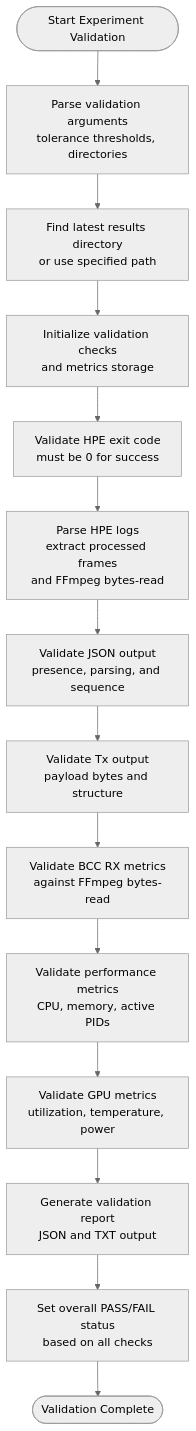
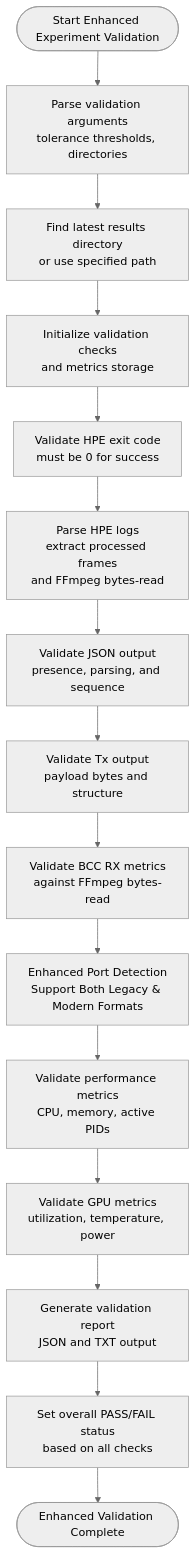
Diagram 15 of 15 in .qoder/repowiki/en/content/Monitoring and Analytics/Performance Monitoring.md (Fogus-Gr/MeasurementsDTs), drawn with Mermaid (neutral theme) before and after one commit. The commit also changed other lines of this file and 7 other files, not shown here.

Commit message:
docs(repowiki): restructure optimization assets, add performance documentation, and improve CPU tuning utilities.

````diff
--- a/.qoder/repowiki/en/content/Monitoring and Analytics/Performance Monitoring.md
+++ b/.qoder/repowiki/en/content/Monitoring and Analytics/Performance Monitoring.md
@@ -597,16 +646,17 @@
 ```mermaid
 flowchart TD
-Start(["Start Experiment Validation"]) --> ParseArgs["Parse validation arguments<br/>tolerance thresholds, directories"]
+Start(["Start Enhanced Experiment Validation"]) --> ParseArgs["Parse validation arguments<br/>tolerance thresholds, directories"]
 ParseArgs --> FindLatest["Find latest results directory<br/>or use specified path"]
 FindLatest --> InitChecks["Initialize validation checks<br/>and metrics storage"]
 InitChecks --> ValidateExit["Validate HPE exit code<br/>must be 0 for success"]
 ValidateExit --> ParseLogs["Parse HPE logs<br/>extract processed frames<br/>and FFmpeg bytes-read"]
 ParseLogs --> ValidateJSON["Validate JSON output<br/>presence, parsing, and sequence"]
 ValidateJSON --> ValidateTX["Validate Tx output<br/>payload bytes and structure"]
 ValidateTX --> ValidateBCC["Validate BCC RX metrics<br/>against FFmpeg bytes-read"]
-ValidateBCC --> ValidatePerf["Validate performance metrics<br/>CPU, memory, active PIDs"]
+ValidateBCC --> ValidatePort["Enhanced Port Detection<br/>Support Both Legacy & Modern Formats"]
+ValidatePort --> ValidatePerf["Validate performance metrics<br/>CPU, memory, active PIDs"]
 ValidatePerf --> ValidateGPU["Validate GPU metrics<br/>utilization, temperature, power"]
 ValidateGPU --> GenerateReport["Generate validation report<br/>JSON and TXT output"]
 GenerateReport --> Status["Set overall PASS/FAIL status<br/>based on all checks"]
-Status --> End(["Validation Complete"])
+Status --> End(["Enhanced Validation Complete"])
 ```
````
